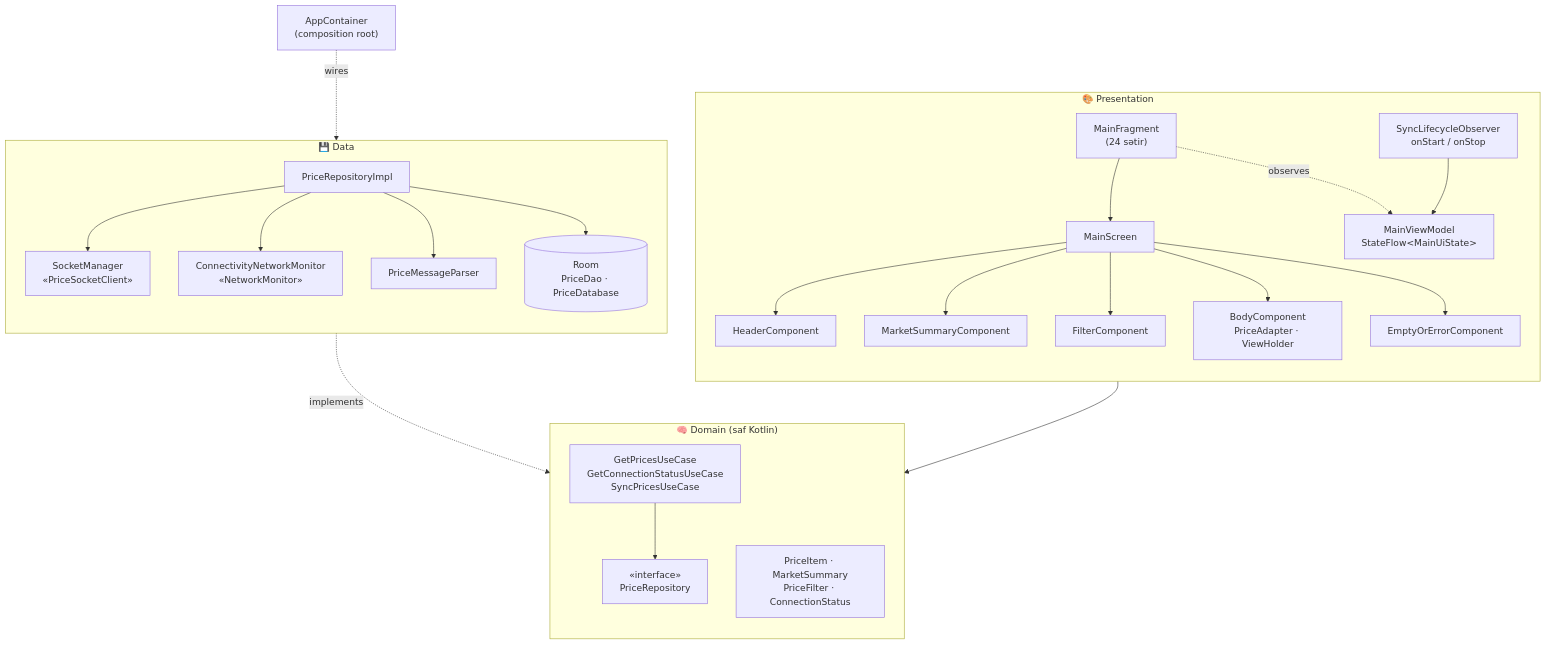
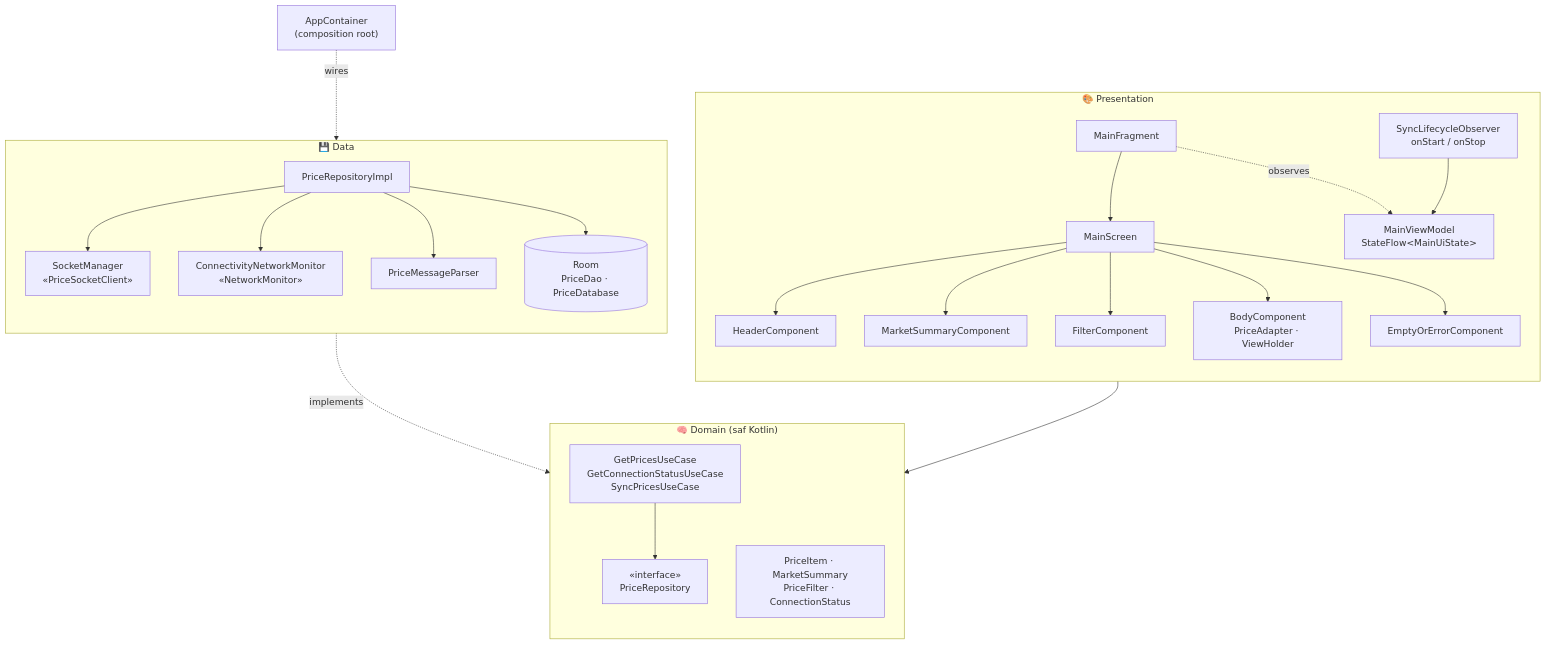
The diagram in README.md (ChinaDevHub/investAZ), drawn with Mermaid before and after one commit. The commit also changed other lines of this file and 6 other files, not shown here.

````diff
--- a/README.md
+++ b/README.md
@@ -74,39 +33,39 @@
 ```mermaid
 flowchart TB
     subgraph P["🎨 Presentation"]
         direction TB
-        F["MainFragment<br/>(24 sətir)"] --> S["MainScreen"]
+        F["MainFragment"] --> S["MainScreen"]
         S --> C1["HeaderComponent"]
         S --> C2["MarketSummaryComponent"]
         S --> C3["FilterComponent"]
         S --> C4["BodyComponent<br/>PriceAdapter · ViewHolder"]
         S --> C5["EmptyOrErrorComponent"]
         F -. observes .-> VM["MainViewModel<br/>StateFlow&lt;MainUiState&gt;"]
         LO["SyncLifecycleObserver<br/>onStart / onStop"] --> VM
     end
 
     subgraph D["🧠 Domain (saf Kotlin)"]
         direction TB
         UC["GetPricesUseCase<br/>GetConnectionStatusUseCase<br/>SyncPricesUseCase"]
         M["PriceItem · MarketSummary<br/>PriceFilter · ConnectionStatus"]
         RI["«interface»<br/>PriceRepository"]
         UC --> RI
     end
 
     subgraph DA["💾 Data"]
         direction TB
         RIMPL["PriceRepositoryImpl"]
         SM["SocketManager<br/>«PriceSocketClient»"]
         NM["ConnectivityNetworkMonitor<br/>«NetworkMonitor»"]
         PA["PriceMessageParser"]
         DB[("Room<br/>PriceDao · PriceDatabase")]
         RIMPL --> SM
         RIMPL --> NM
         RIMPL --> PA
         RIMPL --> DB
     end
 
     VM --> UC
     RIMPL -. implements .-> RI
     DI["AppContainer<br/>(composition root)"] -. wires .-> RIMPL
 ```
````
